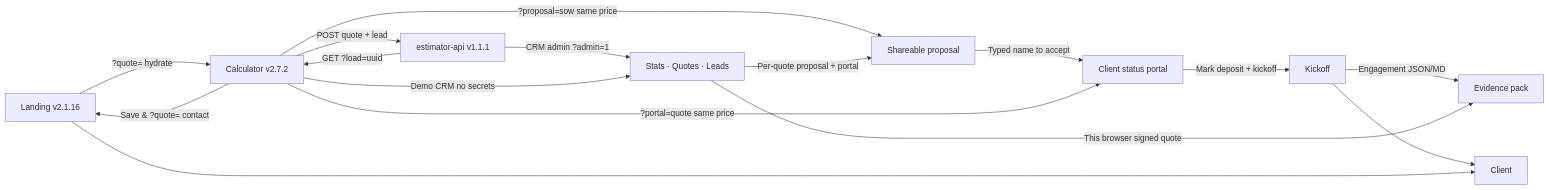
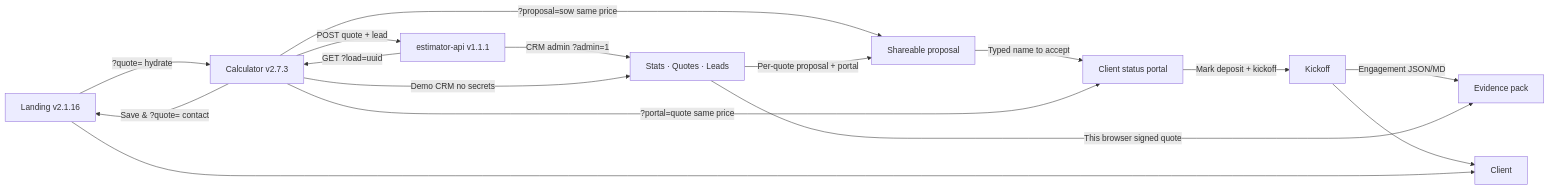
The diagram in README.md (pixellayer7-jpg/pixellayer7-jpg), drawn with Mermaid before and after one commit. The commit also changed other lines of this file and 4 other files, not shown here.

````diff
--- a/README.md
+++ b/README.md
@@ -19,18 +21,18 @@
 ```mermaid
 flowchart LR
-  A[Landing v2.1.16] -->|?quote= hydrate| B[Calculator v2.7.2]
+  A[Landing v2.1.16] -->|?quote= hydrate| B[Calculator v2.7.3]
   B -->|Save & ?quote= contact| A
   B -->|?proposal=sow same price| R[Shareable proposal]
   R -->|Typed name to accept| P[Client status portal]
   P -->|Mark deposit + kickoff| K[Kickoff]
   K -->|Engagement JSON/MD| X[Evidence pack]
   B -->|?portal=quote same price| P
   B -->|POST quote + lead| D[estimator-api v1.1.1]
   D -->|CRM admin ?admin=1| E[Stats · Quotes · Leads]
   B -->|Demo CRM no secrets| E
   E -->|This browser signed quote| X
   E -->|Per-quote proposal + portal| R
   K --> F[Client]
   D -->|GET ?load=uuid| B
   A --> F[Client]
 ```
````
